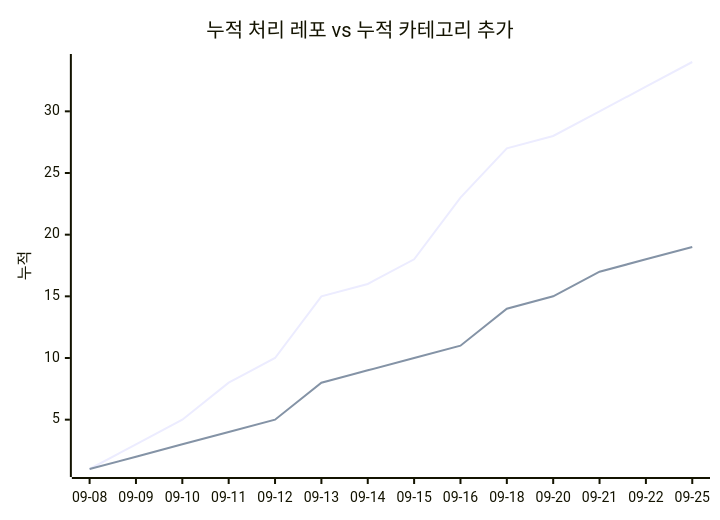
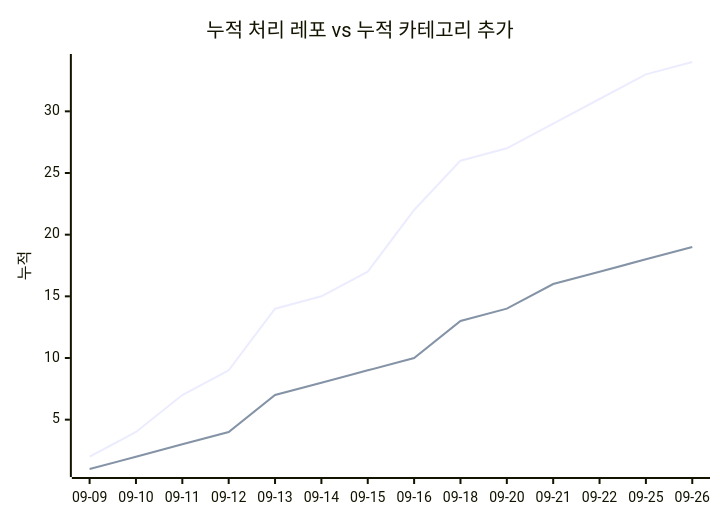
The second of 2 diagrams in docs/trends.md (J-nowcow/awesome-korean-agent-skills), drawn with Mermaid before and after one commit. The commit also changed other lines of this file and 4 other files, not shown here.

````diff
--- a/docs/trends.md
+++ b/docs/trends.md
@@ -68,8 +68,8 @@
 ```mermaid
 xychart-beta
     title "누적 처리 레포 vs 누적 카테고리 추가"
-    x-axis ["09-08","09-09","09-10","09-11","09-12","09-13","09-14","09-15","09-16","09-18","09-20","09-21","09-22","09-25"]
+    x-axis ["09-09","09-10","09-11","09-12","09-13","09-14","09-15","09-16","09-18","09-20","09-21","09-22","09-25","09-26"]
     y-axis "누적"
-    line [1,3,5,8,10,15,16,18,23,27,28,30,32,34]
-    line [1,2,3,4,5,8,9,10,11,14,15,17,18,19]
+    line [2,4,7,9,14,15,17,22,26,27,29,31,33,34]
+    line [1,2,3,4,7,8,9,10,13,14,16,17,18,19]
 ```
````
